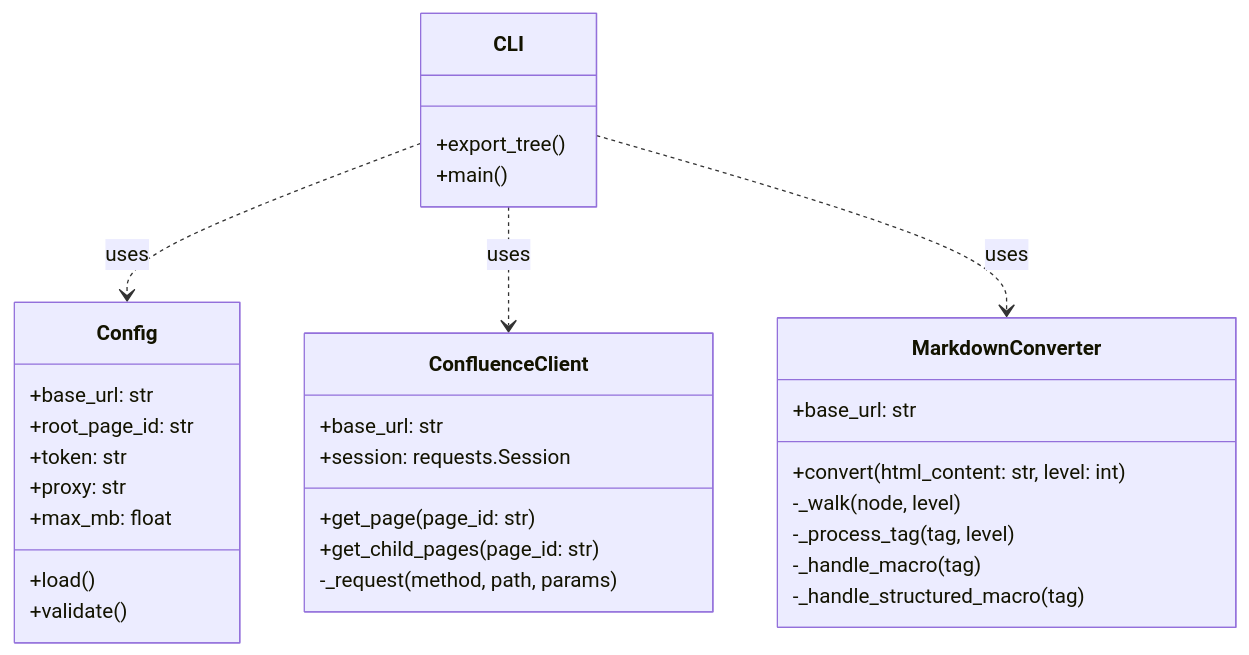
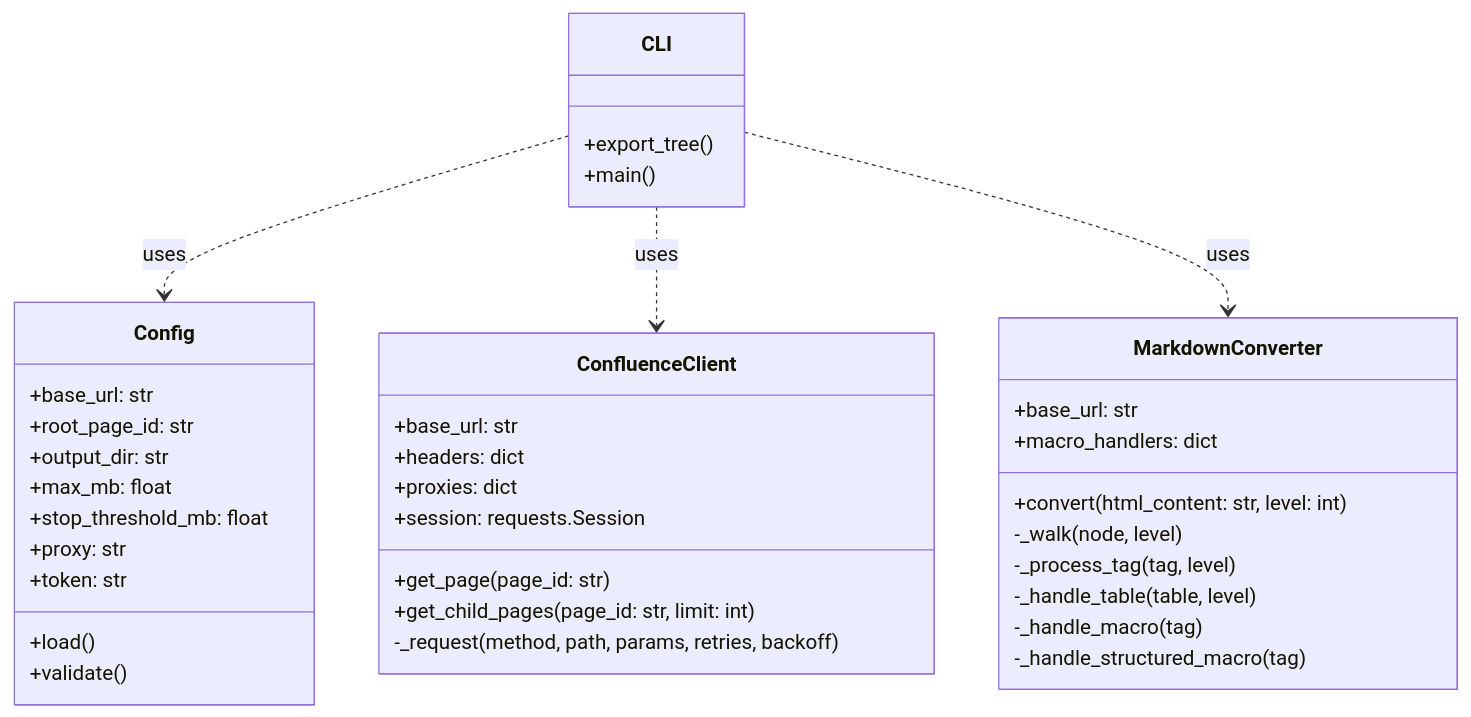
One commit to masanori-satake/C2M-Export changed the second of 4 diagrams in README_DEV.md. Above: the diagram before and after it, drawn with Mermaid.

Commit message:
Refine README_DEV.md class diagram based on PR feedback
Updated the Mermaid class diagram in README_DEV.md to include missing
fields and methods in Config, ConfluenceClient, and MarkdownConverter
classes to better reflect the actual implementation.

````diff
--- a/README_DEV.md
+++ b/README_DEV.md
@@ -42,38 +42,44 @@
 ```mermaid
 classDiagram
     class Config {
         +base_url: str
         +root_page_id: str
+        +output_dir: str
+        +max_mb: float
+        +stop_threshold_mb: float
+        +proxy: str
         +token: str
-        +proxy: str
-        +max_mb: float
         +load()
         +validate()
     }
 
     class ConfluenceClient {
         +base_url: str
+        +headers: dict
+        +proxies: dict
         +session: requests.Session
         +get_page(page_id: str)
-        +get_child_pages(page_id: str)
-        -_request(method, path, params)
+        +get_child_pages(page_id: str, limit: int)
+        -_request(method, path, params, retries, backoff)
     }
 
     class MarkdownConverter {
         +base_url: str
+        +macro_handlers: dict
         +convert(html_content: str, level: int)
         -_walk(node, level)
         -_process_tag(tag, level)
+        -_handle_table(table, level)
         -_handle_macro(tag)
         -_handle_structured_macro(tag)
     }
 
     class CLI {
         +export_tree()
         +main()
     }
 
     CLI ..> Config : uses
     CLI ..> ConfluenceClient : uses
     CLI ..> MarkdownConverter : uses
 ```
````
